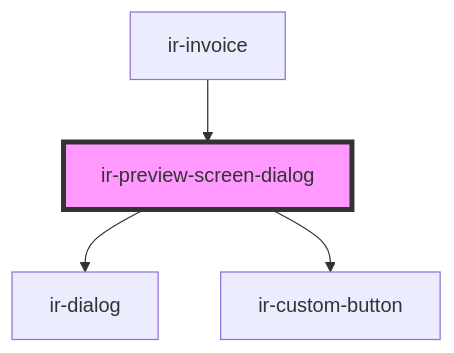
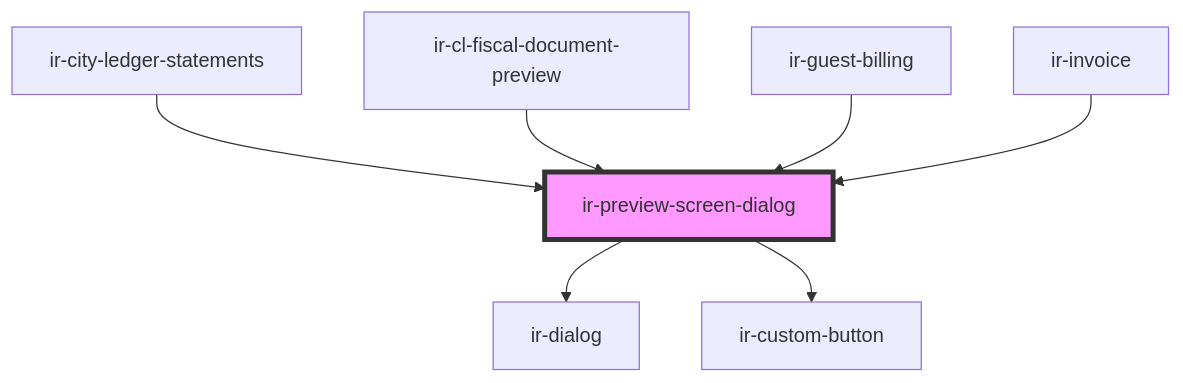
The diagram in src/components/ir-preview-screen-dialog/readme.md (RonyRizk/ir-webcmp), drawn with Mermaid before and after one commit. The commit also changed other lines of this file and 586 other files, not shown here.

````diff
--- a/src/components/ir-preview-screen-dialog/readme.md
+++ b/src/components/ir-preview-screen-dialog/readme.md
@@ -82,7 +85,10 @@
 ```mermaid
 graph TD;
   ir-preview-screen-dialog --> ir-dialog
   ir-preview-screen-dialog --> ir-custom-button
+  ir-city-ledger-statements --> ir-preview-screen-dialog
+  ir-cl-fiscal-document-preview --> ir-preview-screen-dialog
+  ir-guest-billing --> ir-preview-screen-dialog
   ir-invoice --> ir-preview-screen-dialog
   style ir-preview-screen-dialog fill:#f9f,stroke:#333,stroke-width:4px
 ```
````
